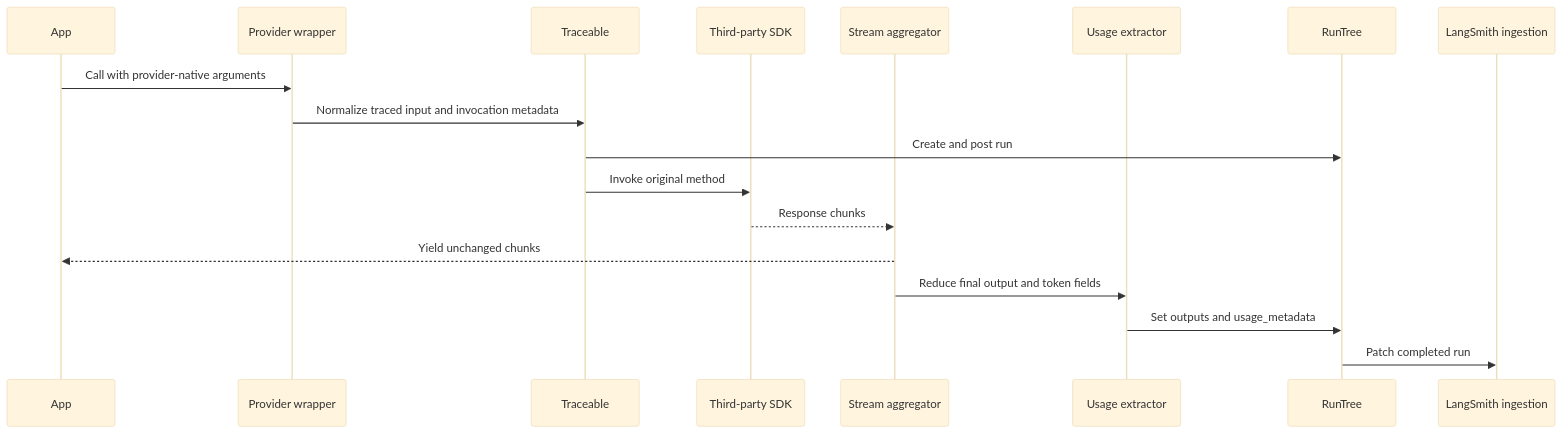
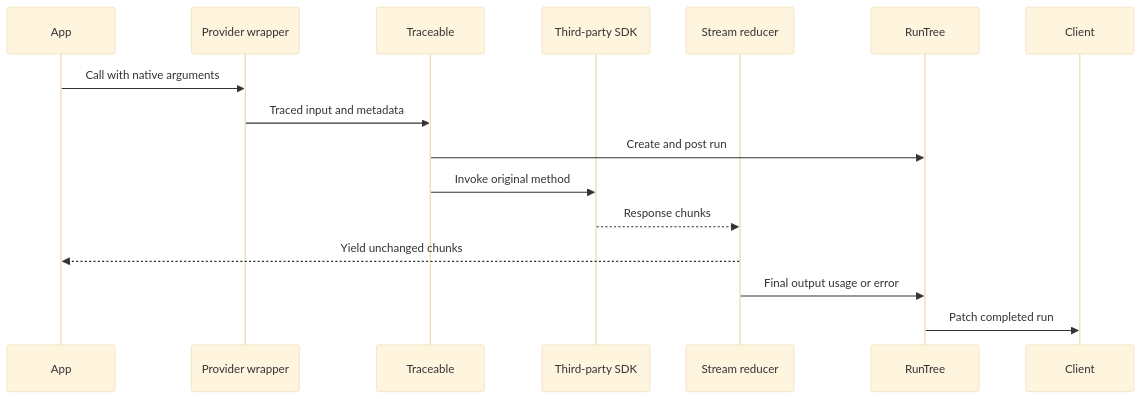
One commit to langchain-ai/langsmith-sdk changed the first of 2 diagrams in openwiki/integrations/provider-wrappers-and-opentelemetry.md. Above: the diagram before and after it, drawn with Mermaid (base theme). The commit also changed other lines of this file and 34 other files, not shown here.

````diff
--- a/openwiki/integrations/provider-wrappers-and-opentelemetry.md
+++ b/openwiki/integrations/provider-wrappers-and-opentelemetry.md
@@ -81,21 +95,19 @@
 ```mermaid
 sequenceDiagram
     participant App
     participant Wrapper as Provider wrapper
     participant Traceable
     participant Provider as Third-party SDK
-    participant Stream as Stream aggregator
-    participant Usage as Usage extractor
+    participant Reducer as Stream reducer
     participant RunTree
-    participant Ingest as LangSmith ingestion
+    participant Client
 
-    App->>Wrapper: Call with provider-native arguments
-    Wrapper->>Traceable: Normalize traced input and invocation metadata
+    App->>Wrapper: Call with native arguments
+    Wrapper->>Traceable: Traced input and metadata
     Traceable->>RunTree: Create and post run
     Traceable->>Provider: Invoke original method
-    Provider-->>Stream: Response chunks
-    Stream-->>App: Yield unchanged chunks
-    Stream->>Usage: Reduce final output and token fields
-    Usage->>RunTree: Set outputs and usage_metadata
-    RunTree->>Ingest: Patch completed run
+    Provider-->>Reducer: Response chunks
+    Reducer-->>App: Yield unchanged chunks
+    Reducer->>RunTree: Final output usage or error
+    RunTree->>Client: Patch completed run
 ```
````
